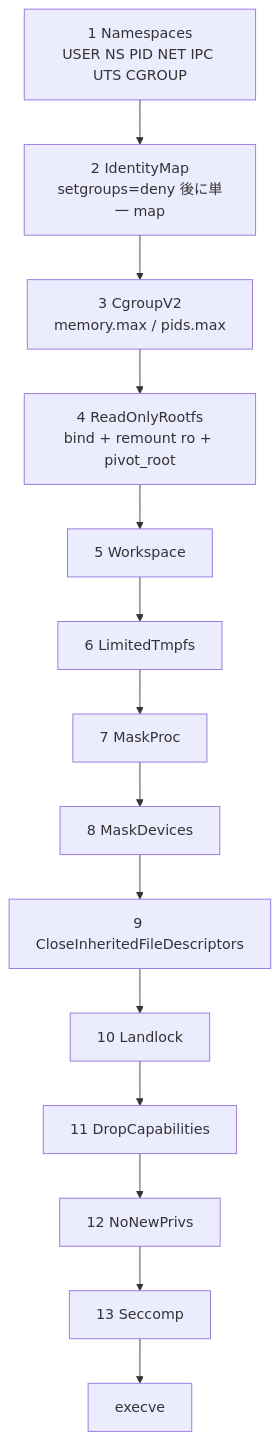
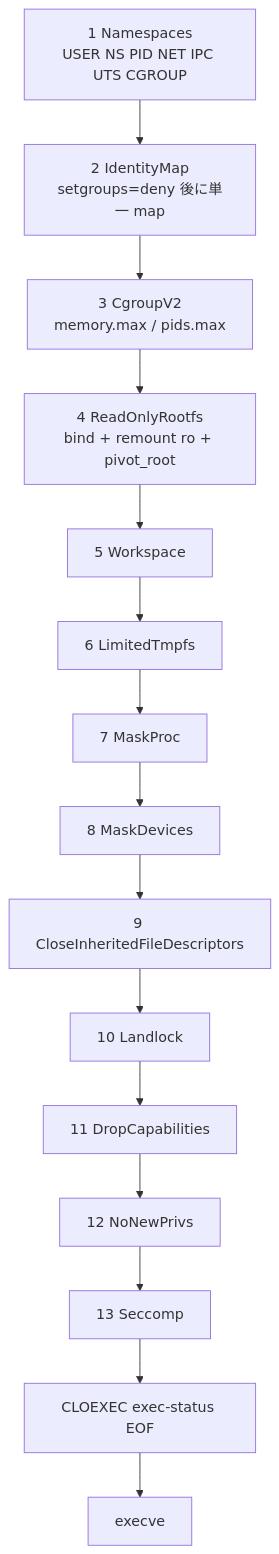
The diagram in docs/runtime-isolation/apply-order.md (Aqua-218/SecCamp-AIAgent), drawn with Mermaid before and after one commit. The commit also changed other lines of this file, not shown here.

First line of the commit message:
docs(isolation): add the exec acknowledgement to the apply order

````diff
--- a/docs/runtime-isolation/apply-order.md
+++ b/docs/runtime-isolation/apply-order.md
@@ -29,16 +29,17 @@
 ```mermaid
 flowchart TB
     ns["1 Namespaces<br/>USER NS PID NET IPC UTS CGROUP"] --> idmap["2 IdentityMap<br/>setgroups=deny 後に単一 map"]
     idmap --> cg["3 CgroupV2<br/>memory.max / pids.max"]
     cg --> rootfs["4 ReadOnlyRootfs<br/>bind + remount ro + pivot_root"]
     rootfs --> ws["5 Workspace"]
     ws --> tmp["6 LimitedTmpfs"]
     tmp --> proc["7 MaskProc"]
     proc --> dev["8 MaskDevices"]
     dev --> fd["9 CloseInheritedFileDescriptors"]
     fd --> ll["10 Landlock"]
     ll --> caps["11 DropCapabilities"]
     caps --> nnp["12 NoNewPrivs"]
     nnp --> sec["13 Seccomp"]
-    sec --> exec["execve"]
+    sec --> ack["CLOEXEC exec-status EOF"]
+    ack --> exec["execve"]
 ```
````
